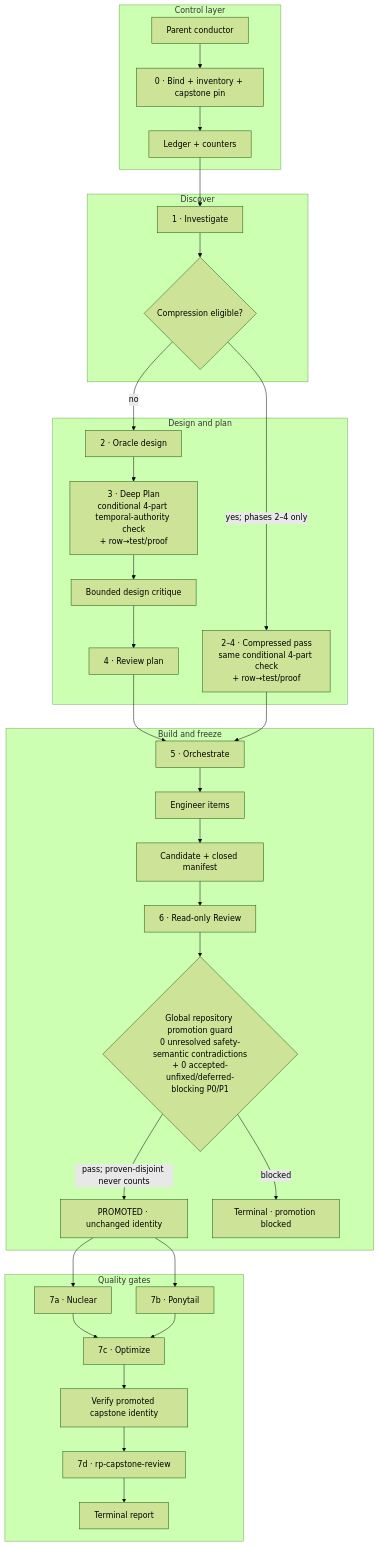
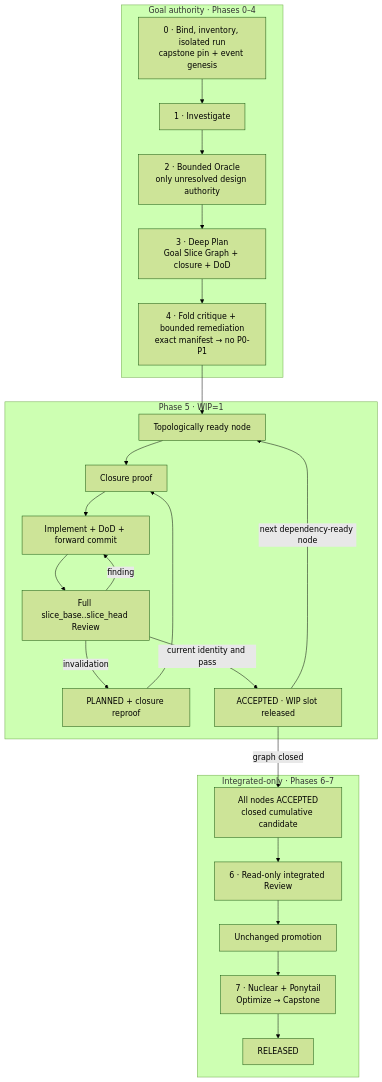
The first of 3 diagrams in docs/workflows/repoprompt-ce/rp-loop-engineering-guide.uk.md (Helg1us/cookbook), drawn with Mermaid (forest theme) before and after one commit. The commit also changed other lines of this file and 1 other file, not shown here.

Commit message:
feat(rp-loop): bound production-ready slice execution

````diff
--- a/docs/workflows/repoprompt-ce/rp-loop-engineering-guide.uk.md
+++ b/docs/workflows/repoprompt-ce/rp-loop-engineering-guide.uk.md
@@ -14,48 +17,34 @@
 ```mermaid
 flowchart TB
-  subgraph L0["Control layer"]
-    P["Parent conductor"]
-    B["0 · Bind + inventory + capstone pin"]
-    L["Ledger + counters"]
+  subgraph Goal["Goal authority · Phases 0–4"]
+    P0["0 · Bind, inventory, isolated run<br/>capstone pin + event genesis"]
+    P1["1 · Investigate"]
+    P2["2 · Bounded Oracle<br/>only unresolved design authority"]
+    P3["3 · Deep Plan<br/>Goal Slice Graph + closure + DoD"]
+    P4["4 · Fold critique + bounded remediation<br/>exact manifest → no P0-P1"]
+    P0 --> P1 --> P2 --> P3 --> P4
   end
-  subgraph L1["Discover"]
-    I["1 · Investigate"]
-    C{"Compression eligible?"}
+  subgraph Slice["Phase 5 · WIP=1"]
+    Q["Topologically ready node"]
+    C["Closure proof"]
+    I["Implement + DoD + forward commit"]
+    R["Full slice_base..slice_head Review"]
+    P["PLANNED + closure reproof"]
+    A["ACCEPTED · WIP slot released"]
+    Q --> C --> I --> R
+    R -- "current identity and pass" --> A
+    R -- "finding" --> I
+    R -- "invalidation" --> P --> C
+    A -- "next dependency-ready node" --> Q
   end
-  subgraph L2["Design and plan"]
-    O["2 · Oracle design"]
-    D["3 · Deep Plan<br/>conditional 4-part temporal-authority check<br/>+ row→test/proof"]
-    K["Bounded design critique"]
-    R4["4 · Review plan"]
-    S["2–4 · Compressed pass<br/>same conditional 4-part check<br/>+ row→test/proof"]
+  subgraph Release["Integrated-only · Phases 6–7"]
+    F["All nodes ACCEPTED<br/>closed cumulative candidate"]
+    R6["6 · Read-only integrated Review"]
+    PR["Unchanged promotion"]
+    G7["7 · Nuclear + Ponytail<br/>Optimize → Capstone"]
+    T["RELEASED"]
+    F --> R6 --> PR --> G7 --> T
   end
-  subgraph L3["Build and freeze"]
-    OR["5 · Orchestrate"]
-    E["Engineer items"]
-    ID["Candidate + closed manifest"]
-    R6["6 · Read-only Review"]
-    GPR{"Global repository promotion guard<br/>0 unresolved safety-semantic contradictions<br/>+ 0 accepted-unfixed/deferred-blocking P0/P1"}
-    PR["PROMOTED · unchanged identity"]
-    GBP["Terminal · promotion blocked"]
-  end
-  subgraph L4["Quality gates"]
-    N["7a · Nuclear"]
-    T["7b · Ponytail"]
-    OP["7c · Optimize"]
-    CV["Verify promoted capstone identity"]
-    CR["7d · rp-capstone-review"]
-    Z["Terminal report"]
-  end
-  P --> B --> L --> I --> C
-  C -- "no" --> O --> D --> K --> R4
-  C -- "yes; phases 2–4 only" --> S
-  R4 --> OR
-  S --> OR
-  OR --> E --> ID --> R6 --> GPR
-  GPR -- "pass; proven-disjoint never counts" --> PR
-  GPR -- "blocked" --> GBP
-  PR --> N
-  PR --> T
-  N --> OP
-  T --> OP --> CV --> CR --> Z
+  P4 --> Q
+  A -- "graph closed" --> F
 ```
````
